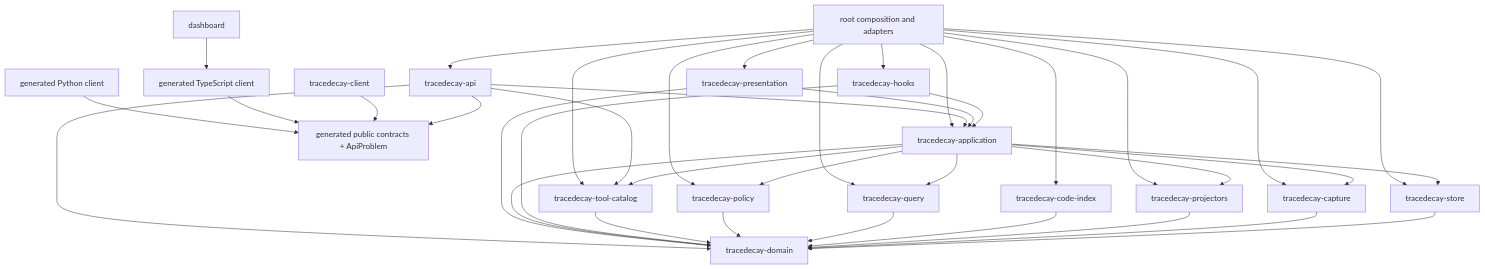
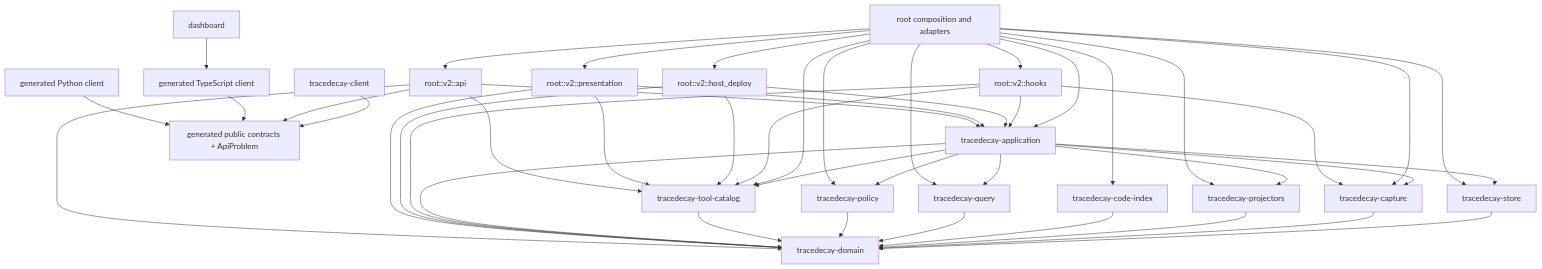
One commit to ScriptedAlchemy/tracedecay changed the first of 2 diagrams in docs/plans/tracedecay-v2/19-system-defragmentation-convergence-and-extensibility.md. Above: the diagram before and after it, drawn with Mermaid. The commit also changed other lines of this file and 28 other files, not shown here.

````diff
--- a/docs/plans/tracedecay-v2/19-system-defragmentation-convergence-and-extensibility.md
+++ b/docs/plans/tracedecay-v2/19-system-defragmentation-convergence-and-extensibility.md
@@ -315,42 +350,49 @@
 ```mermaid
 flowchart TD
     D["tracedecay-domain"]
     S["tracedecay-store"] --> D
     C["tracedecay-capture"] --> D
     J["tracedecay-projectors"] --> D
     CI["tracedecay-code-index"] --> D
     Q["tracedecay-query"] --> D
     P["tracedecay-policy"] --> D
     T["tracedecay-tool-catalog"] --> D
-    H["tracedecay-hooks"] --> D
     A["tracedecay-application"] --> D
     A --> S
     A --> C
     A --> J
     A --> Q
     A --> P
     A --> T
-    H --> A
-    PR["tracedecay-presentation"] --> A
-    PR --> D
-    API["tracedecay-api"] --> A
-    API --> D
-    API --> T
     CONTRACT["generated public contracts + ApiProblem"]
-    API --> CONTRACT
     CLIENT["tracedecay-client"] --> CONTRACT
     R["root composition and adapters"] --> A
-    R --> API
     R --> S
     R --> C
     R --> J
     R --> CI
     R --> Q
     R --> P
+    R --> T
+    H["root::v2::hooks"] --> A
+    H --> D
+    H --> C
+    H --> T
+    HD["root::v2::host_deploy"] --> A
+    HD --> D
+    HD --> T
+    PR["root::v2::presentation"] --> A
+    PR --> D
+    PR --> T
+    API["root::v2::api"] --> A
+    API --> D
+    API --> T
+    API --> CONTRACT
     R --> H
-    R --> T
+    R --> HD
     R --> PR
+    R --> API
     TS["generated TypeScript client"] --> CONTRACT
     PY["generated Python client"] --> CONTRACT
     UI["dashboard"] --> TS
 ```
````
